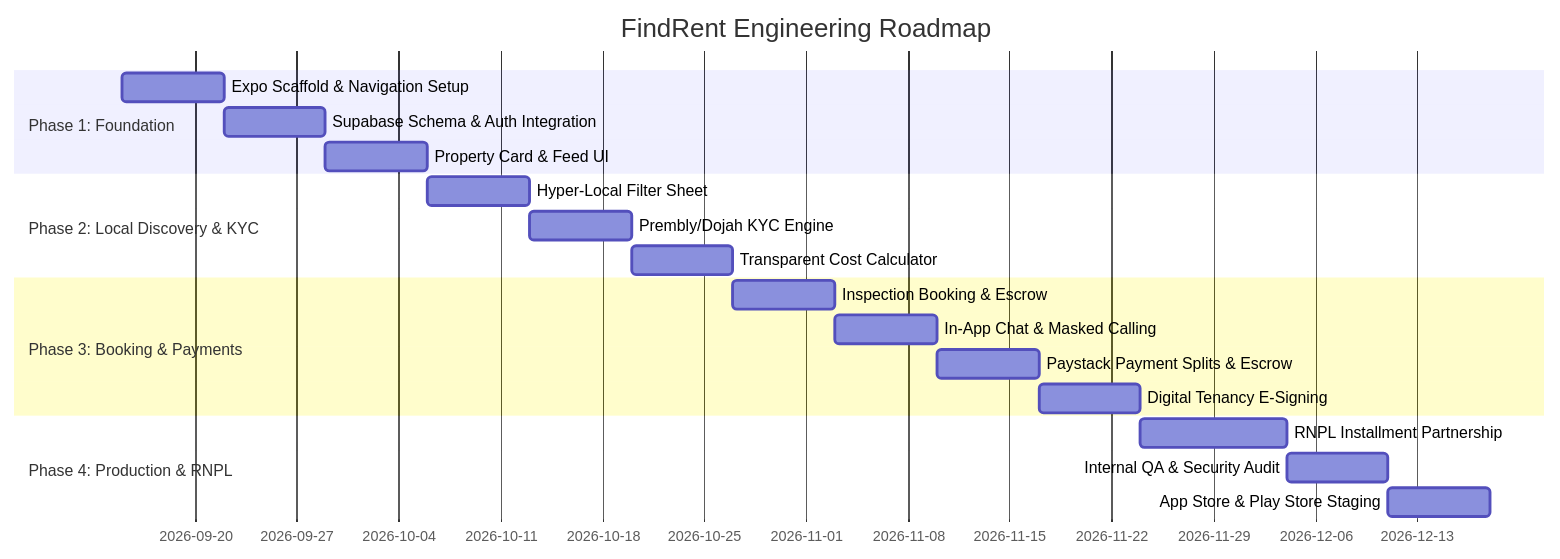
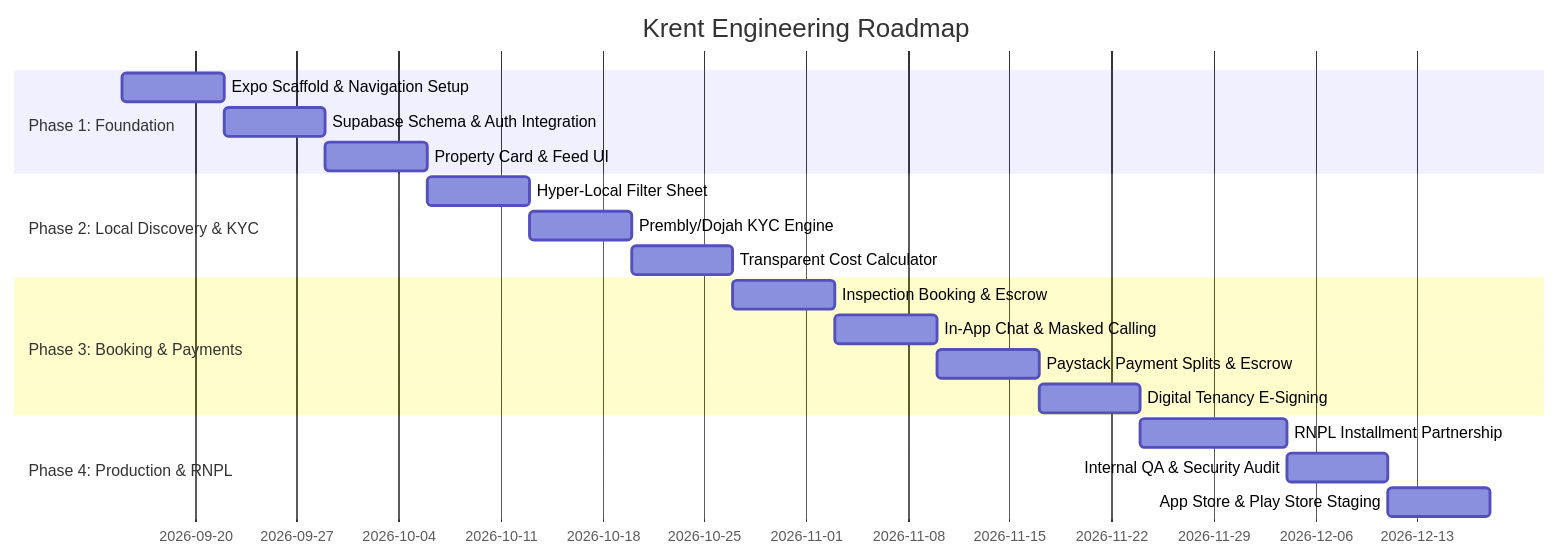
The diagram in PROJECT_ROADMAP.md (ajibolagenius/krent), drawn with Mermaid before and after one commit. The commit also changed other lines of this file and 5 other files, not shown here.

````diff
--- a/PROJECT_ROADMAP.md
+++ b/PROJECT_ROADMAP.md
@@ -9,22 +9,22 @@
 ```mermaid
 gantt
-    title FindRent Engineering Roadmap
+    title Krent Engineering Roadmap
     dateFormat  YYYY-MM-DD
     section Phase 1: Foundation
     Expo Scaffold & Navigation Setup   :2026-09-15, 7d
     Supabase Schema & Auth Integration :2026-09-22, 7d
     Property Card & Feed UI            :2026-09-29, 7d
     section Phase 2: Local Discovery & KYC
     Hyper-Local Filter Sheet           :2026-10-06, 7d
     Prembly/Dojah KYC Engine           :2026-10-13, 7d
     Transparent Cost Calculator        :2026-10-20, 7d
     section Phase 3: Booking & Payments
     Inspection Booking & Escrow        :2026-10-27, 7d
     In-App Chat & Masked Calling       :2026-11-03, 7d
     Paystack Payment Splits & Escrow   :2026-11-10, 7d
     Digital Tenancy E-Signing          :2026-11-17, 7d
     section Phase 4: Production & RNPL
     RNPL Installment Partnership       :2026-11-24, 10d
     Internal QA & Security Audit       :2026-12-04, 7d
     App Store & Play Store Staging     :2026-12-11, 7d
 ```
````
